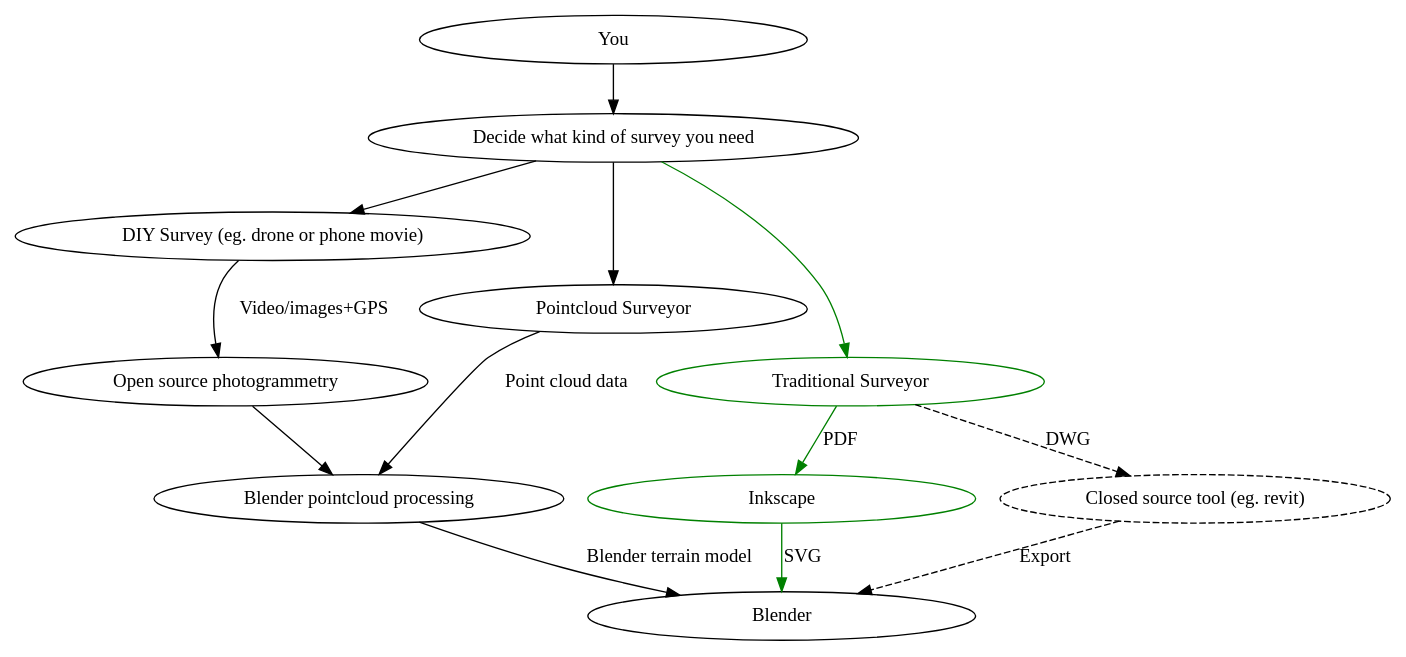
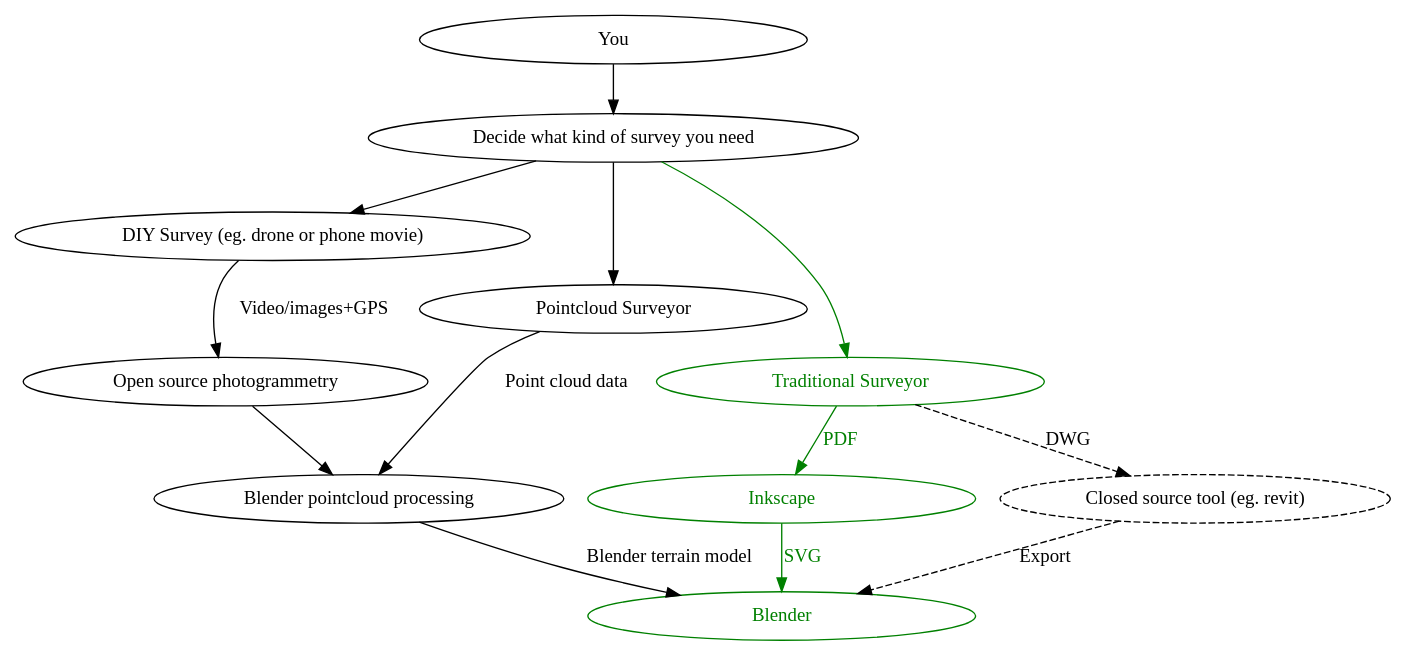
Before and after one commit to globalcitizen/open-source-architecture-workflows: the diagram in surveying.dot, drawn with Graphviz. The commit also changed 1 other file, not shown here.

```diff
--- a/surveying.dot
+++ b/surveying.dot
@@ -1,62 +1,66 @@
 digraph g {
  rankdir=TB;
  surveying_decision [
   label="Decide what kind of survey you need"
  ]
  diy_survey [
   width=4
   label="DIY Survey (eg. drone or phone movie)"
  ]
  pointcloud_surveyor [
   width=4
   label="Pointcloud Surveyor"
  ]
  traditional_surveyor [
   width=4
   label="Traditional Surveyor"
+  fontcolor=green
   color=green
  ]
  you [
   width=4
   label="You"
  ]
  inkscape [
   width=4
   label="Inkscape"
+  fontcolor=green
   color=green
  ]
  blender_pointcloud_processing [
   width=4
   label="Blender pointcloud processing"
  ]
  blender [
   width=4
   label="Blender"
+  fontcolor=green
+  color=green
  ]
  closed_source_tool [
   width=4
   label="Closed source tool (eg. revit)"
   style="dashed"
  ]
  open_source_photogrammetry [
   width=4
   label="Open source photogrammetry"
  ]
 
  you -> surveying_decision;
 
  surveying_decision -> pointcloud_surveyor;
  surveying_decision -> traditional_surveyor [color="green"];
  surveying_decision -> diy_survey;
 
- traditional_surveyor->inkscape [ label = "PDF"; color="green" ];
+ traditional_surveyor->inkscape [ label = "PDF"; fontcolor="green"; color="green" ];
  traditional_surveyor->closed_source_tool [ label = "DWG"; style="dashed"; ];
  closed_source_tool->blender [ label = "Export"; style="dashed"; ];
  pointcloud_surveyor->blender_pointcloud_processing [ label = "Point cloud data"; ];
  diy_survey->open_source_photogrammetry [ label = "Video/images+GPS"; ];
 
  blender_pointcloud_processing->blender [ label = "Blender terrain model"; ];
  open_source_photogrammetry->blender_pointcloud_processing;
- inkscape->blender [ label = "SVG"; color="green" ];
+ inkscape->blender [ label = "SVG"; fontcolor="green"; color="green" ];
  
 }
```
